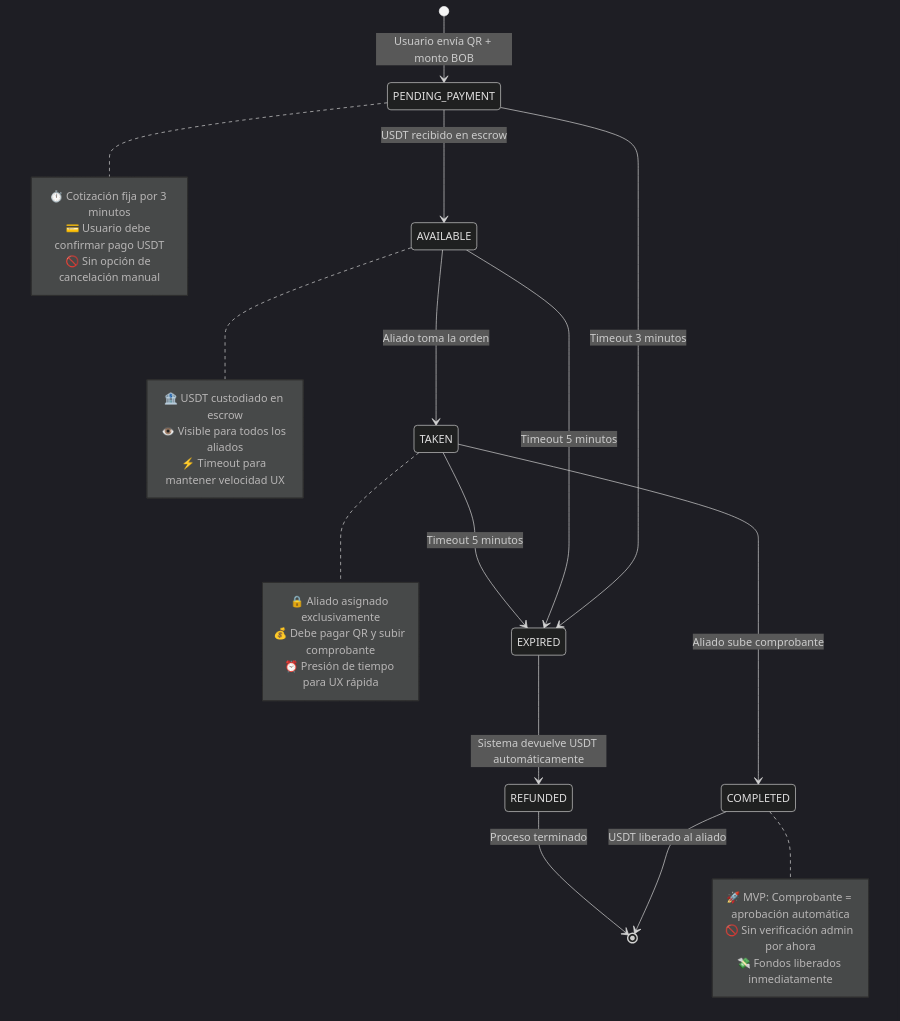
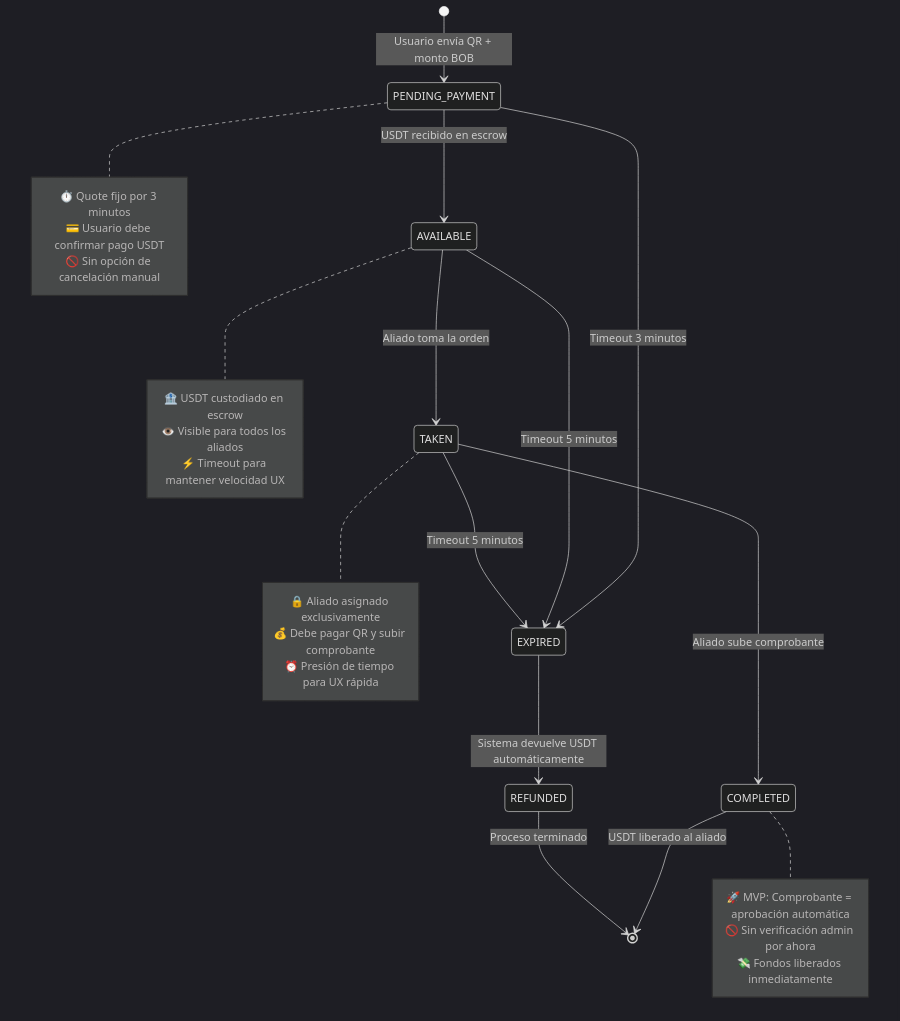
One commit to kibo-project/Kibo-Wiki changed the first of 8 diagrams in 02-estados-y-flujos.md. Above: the diagram before and after it, drawn with Mermaid (dark theme). The commit also changed other lines of this file and 6 other files, not shown here.

````diff
--- a/02-estados-y-flujos.md
+++ b/02-estados-y-flujos.md
@@ -5,41 +5,41 @@
 ```mermaid
 stateDiagram-v2
     [*] --> PENDING_PAYMENT : Usuario envía QR + monto BOB
     
     PENDING_PAYMENT --> AVAILABLE : USDT recibido en escrow
     PENDING_PAYMENT --> EXPIRED : Timeout 3 minutos
     
     AVAILABLE --> TAKEN : Aliado toma la orden
     AVAILABLE --> EXPIRED : Timeout 5 minutos
     
     TAKEN --> COMPLETED : Aliado sube comprobante
     TAKEN --> EXPIRED : Timeout 5 minutos
     
     EXPIRED --> REFUNDED : Sistema devuelve USDT automáticamente
     COMPLETED --> [*] : USDT liberado al aliado
     REFUNDED --> [*] : Proceso terminado
 
     note right of PENDING_PAYMENT
-        ⏱️ Cotización fija por 3 minutos
+        ⏱️ Quote fijo por 3 minutos
         💳 Usuario debe confirmar pago USDT
         🚫 Sin opción de cancelación manual
     end note
 
     note right of AVAILABLE
         🏦 USDT custodiado en escrow
         👁️ Visible para todos los aliados
         ⚡ Timeout para mantener velocidad UX
     end note
 
     note right of TAKEN
         🔒 Aliado asignado exclusivamente
         💰 Debe pagar QR y subir comprobante
         ⏰ Presión de tiempo para UX rápida
     end note
 
     note right of COMPLETED
         🚀 MVP: Comprobante = aprobación automática
         🚫 Sin verificación admin por ahora
         💸 Fondos liberados inmediatamente
     end note
 ```
````
